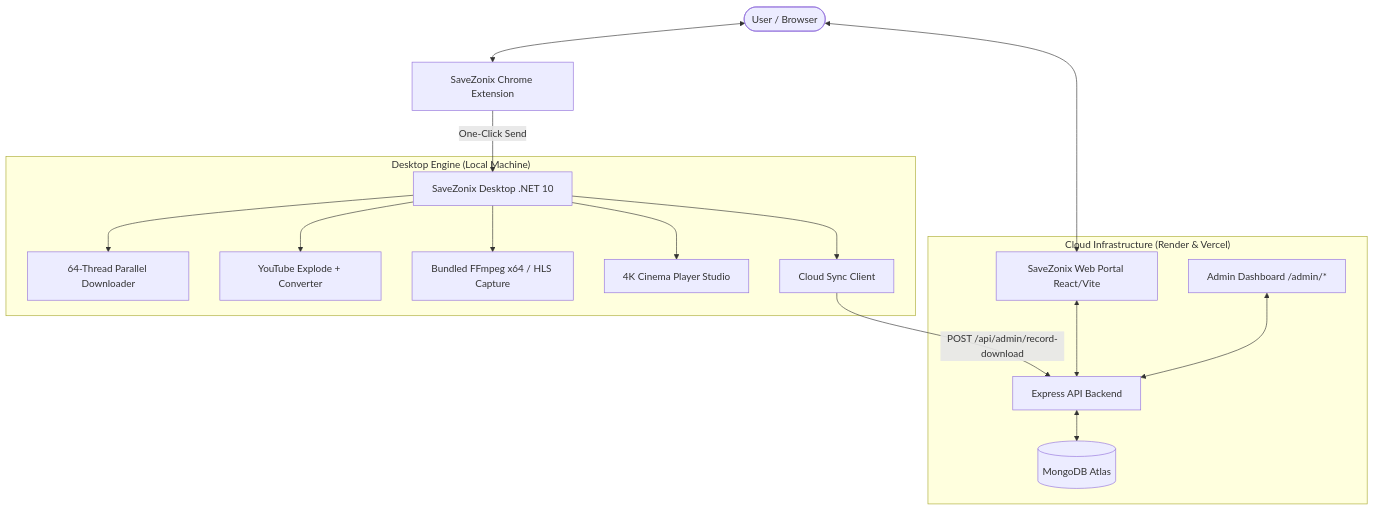
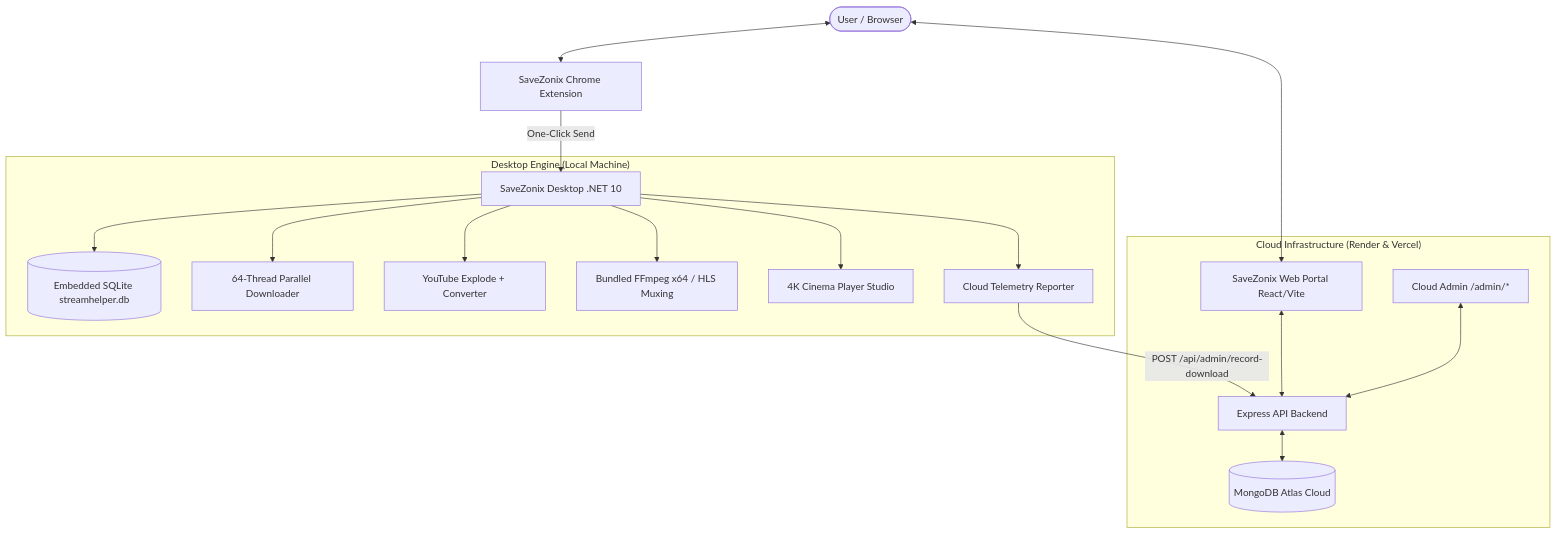
One commit to zaid154/SaveZonix changed the diagram in README.md. Above: the diagram before and after it, drawn with Mermaid. The commit also changed other lines of this file and 2 other files, not shown here.

Commit message:
docs & security: update README with SQLite architecture, remove admin links from footers

````diff
--- a/README.md
+++ b/README.md
@@ -61,21 +62,22 @@
 ```mermaid
 graph TD
     User([User / Browser]) <--> Ext[SaveZonix Chrome Extension]
     User <--> WebPortal[SaveZonix Web Portal React/Vite]
     Ext -->|One-Click Send| DesktopApp[SaveZonix Desktop .NET 10]
     
     subgraph "Desktop Engine (Local Machine)"
+        DesktopApp --> LocalDB[(Embedded SQLite streamhelper.db)]
         DesktopApp --> Engine[64-Thread Parallel Downloader]
         DesktopApp --> YTEngine[YouTube Explode + Converter]
-        DesktopApp --> FFmpeg[Bundled FFmpeg x64 / HLS Capture]
+        DesktopApp --> FFmpeg[Bundled FFmpeg x64 / HLS Muxing]
         DesktopApp --> Cinema[4K Cinema Player Studio]
-        DesktopApp --> Sync[Cloud Sync Client]
+        DesktopApp --> Sync[Cloud Telemetry Reporter]
     end
 
     subgraph "Cloud Infrastructure (Render & Vercel)"
         WebPortal <--> CloudAPI[Express API Backend]
         Sync -->|POST /api/admin/record-download| CloudAPI
-        CloudAPI <--> Mongo[(MongoDB Atlas)]
-        Admin[Admin Dashboard /admin/*] <--> CloudAPI
+        CloudAPI <--> Mongo[(MongoDB Atlas Cloud)]
+        Admin[Cloud Admin /admin/*] <--> CloudAPI
     end
 ```
````
